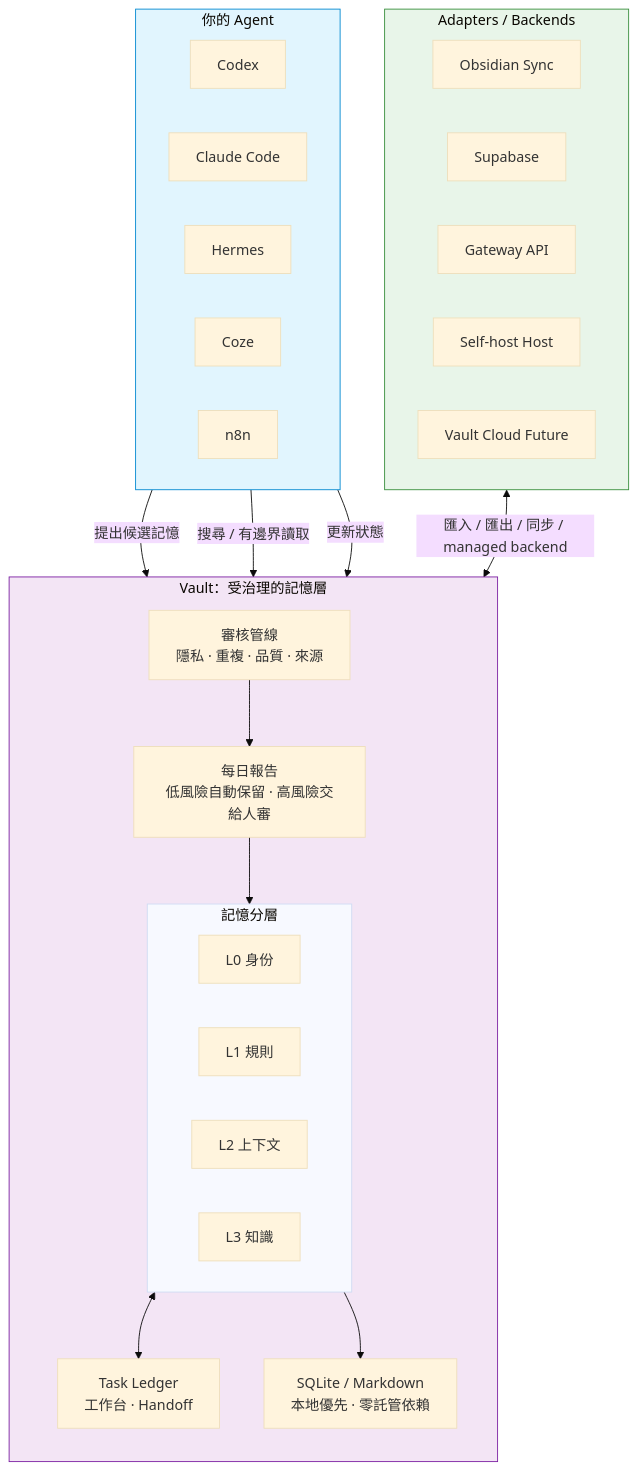
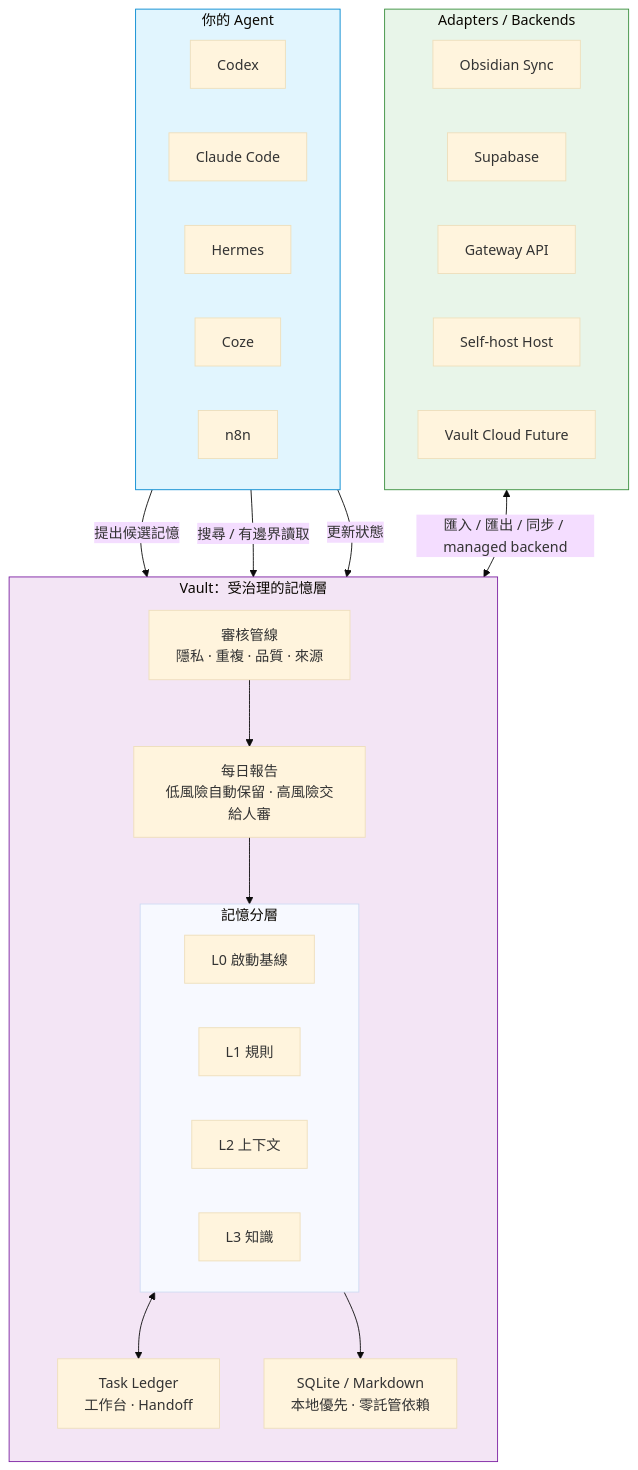
The diagram in README.zh-Hant.md (zycaskevin/Vault-Agent-Memory), drawn with Mermaid (base theme) before and after one commit. The commit also changed other lines of this file and 36 other files, not shown here.

````diff
--- a/README.zh-Hant.md
+++ b/README.zh-Hant.md
@@ -51,45 +51,45 @@
 ```mermaid
 flowchart TB
     subgraph Agents["你的 Agent"]
         C[Codex]
         CL[Claude Code]
         H[Hermes]
         CO[Coze]
         N[n8n]
     end
 
     subgraph Vault["Vault：受治理的記憶層"]
         direction TB
         Pipeline["審核管線<br/>隱私 · 重複 · 品質 · 來源"]
         Report["每日報告<br/>低風險自動保留 · 高風險交給人審"]
         subgraph Layers["記憶分層"]
-            L0["L0 身份"]
+            L0["L0 啟動基線"]
             L1["L1 規則"]
             L2["L2 上下文"]
             L3["L3 知識"]
         end
         Ledger["Task Ledger<br/>工作台 · Handoff"]
         Storage["SQLite / Markdown<br/>本地優先 · 零託管依賴"]
     end
 
     subgraph Integrations["Adapters / Backends"]
         Obs[Obsidian Sync]
         Sup[Supabase]
         GW[Gateway API]
         SH[Self-host Host]
         VC[Vault Cloud Future]
     end
 
     Agents -->|提出候選記憶| Pipeline
     Agents -->|搜尋 / 有邊界讀取| Layers
     Agents -->|更新狀態| Ledger
     Pipeline --> Report
     Report --> Layers
     Layers <--> Ledger
     Layers --> Storage
     Integrations <-->|匯入 / 匯出 / 同步 / managed backend| Vault
 
     style Agents fill:#e1f5fe,stroke:#0288d1
     style Vault fill:#f3e5f5,stroke:#7b1fa2
     style Integrations fill:#e8f5e9,stroke:#388e3c
 ```
````
